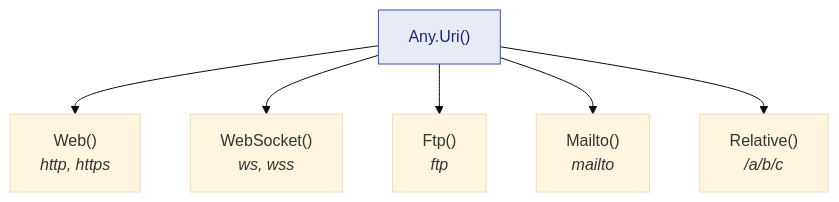
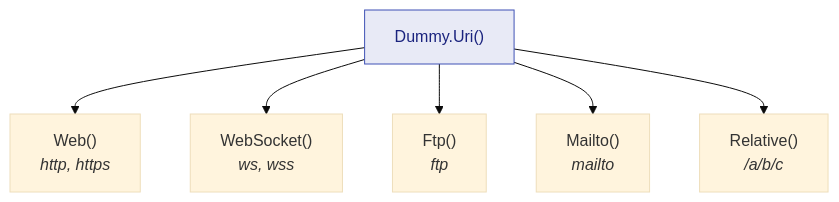
Before and after one commit to Reefact/just-dummies: the diagram in doc/handwritten/for-users/generators/guids-and-uris.fr.md, drawn with Mermaid (base theme). The commit also changed other lines of this file and 755 other files, not shown here.

````diff
--- a/doc/handwritten/for-users/generators/guids-and-uris.fr.md
+++ b/doc/handwritten/for-users/generators/guids-and-uris.fr.md
@@ -42,11 +42,11 @@
 ```mermaid
 flowchart TD
-    accTitle: Les sortes d'URI que Any.Uri() sait tirer
-    accDescr: Any.Uri() se ramifie vers Web pour http et https, WebSocket pour ws et wss, Ftp pour ftp, Mailto pour mailto, et Relative pour un chemin tel que /a/b/c.
-    U["Any.Uri()"] --> W["Web()<br/><i>http, https</i>"]
+    accTitle: Les sortes d'URI que Dummy.Uri() sait tirer
+    accDescr: Dummy.Uri() se ramifie vers Web pour http et https, WebSocket pour ws et wss, Ftp pour ftp, Mailto pour mailto, et Relative pour un chemin tel que /a/b/c.
+    U["Dummy.Uri()"] --> W["Web()<br/><i>http, https</i>"]
     U --> S["WebSocket()<br/><i>ws, wss</i>"]
     U --> F["Ftp()<br/><i>ftp</i>"]
     U --> M["Mailto()<br/><i>mailto</i>"]
     U --> R["Relative()<br/><i>/a/b/c</i>"]
     style U fill:#e8eaf6,stroke:#3f51b5,color:#1a237e
 ```
````
